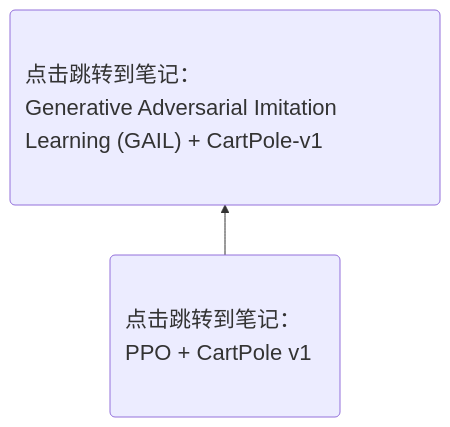
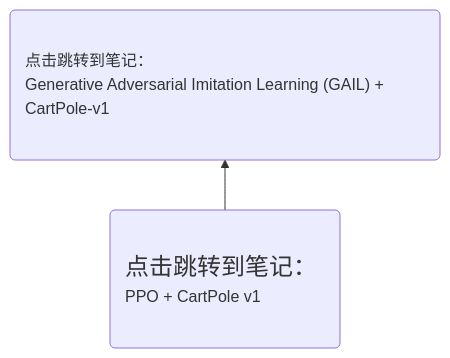
Before and after one commit to Gaoshu-root/Code-related-courses: the diagram in 笔记封存/test.md, drawn with Mermaid.

````diff
--- a/笔记封存/test.md
+++ b/笔记封存/test.md
@@ -2,12 +2,11 @@
 ```mermaid
-%%{init: {'themeVariables': {'fontSize': '22px'}}}%%
 graph BT
     classDef wide2 padding:400px;
     classDef wide1 padding:200px;
-    P1("<div style='text-align:left'>点击跳转到笔记：<br>PPO + CartPole v1</div>") --> P2("<div style='text-align:left'>点击跳转到笔记：<br>Generative Adversarial Imitation Learning (GAIL) + CartPole-v1</div>")
+    P1("<div style='text-align:left'><font size="5">点击跳转到笔记：</font><br>PPO + CartPole v1</div>") --> P2("<div style='text-align:left'>点击跳转到笔记：<br>Generative Adversarial Imitation Learning (GAIL) + CartPole-v1</div>")
     class P1 wide1
     class P2 wide2
     click P1 "https://github.com/Gaoshu-root/Code-related-courses/blob/main/RL2024/PPO_%2B_CartPole_v1_.ipynb" _blank
     click P2 "https://github.com/Gaoshu-root/Code-related-courses/blob/main/RL2024/Generative%20Adversarial%20Imitation%20Learning(GAIL)/Generative%20Adversarial%20Imitation%20Learning%20(GAIL)%20%2B%20CartPole-v1%20.ipynb" _blank
 
 ```
````
